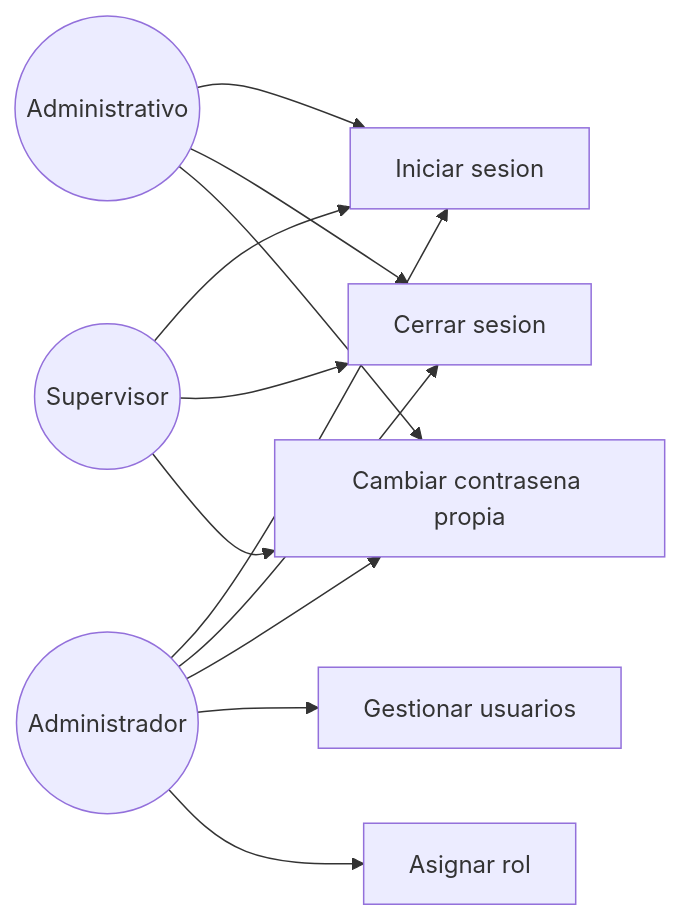
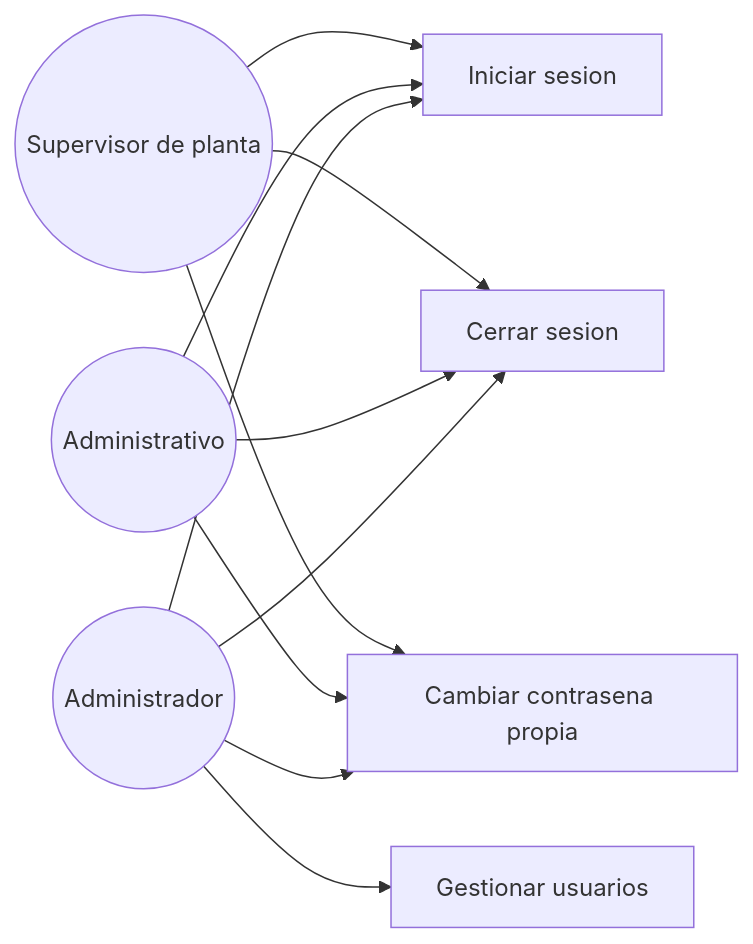
One commit to adlerOmonte1/LogisticaMinera changed the diagram in docs/modulos/M01-autenticacion/diagramas/caso_uso.md. Above: the diagram before and after it, drawn with Mermaid. The commit also changed other lines of this file and 9 other files, not shown here.

````diff
--- a/docs/modulos/M01-autenticacion/diagramas/caso_uso.md
+++ b/docs/modulos/M01-autenticacion/diagramas/caso_uso.md
@@ -3,26 +3,24 @@
 ```mermaid
 flowchart LR
     ADM(("Administrador"))
     ADV(("Administrativo"))
-    SUP(("Supervisor"))
+    SUP(("Supervisor de planta"))
 
     UC1["Iniciar sesion"]
     UC2["Cerrar sesion"]
     UC3["Cambiar contrasena propia"]
     UC4["Gestionar usuarios"]
-    UC5["Asignar rol"]
 
     ADM --> UC1
     ADM --> UC2
     ADM --> UC3
     ADM --> UC4
-    ADM --> UC5
 
     ADV --> UC1
     ADV --> UC2
     ADV --> UC3
 
     SUP --> UC1
     SUP --> UC2
     SUP --> UC3
 ```
````
